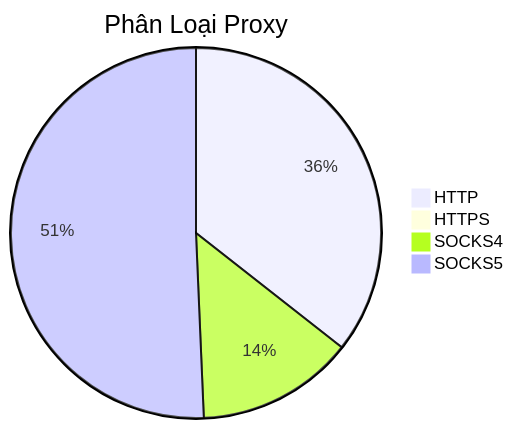
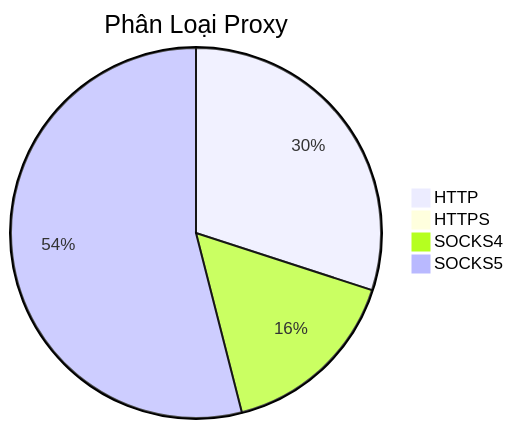
One commit to Ciara-Aa/PROXY-free changed the diagram in README.md. Above: the diagram before and after it, drawn with Mermaid. The commit also changed other lines of this file and 4 other files, not shown here.

````diff
--- a/README.md
+++ b/README.md
@@ -26,7 +26,7 @@
 ```mermaid
 pie title Phân Loại Proxy
-    "HTTP" : 448
+    "HTTP" : 354
     "HTTPS" : 2
-    "SOCKS4" : 173
-    "SOCKS5" : 638
+    "SOCKS4" : 189
+    "SOCKS5" : 637
 ```
````
